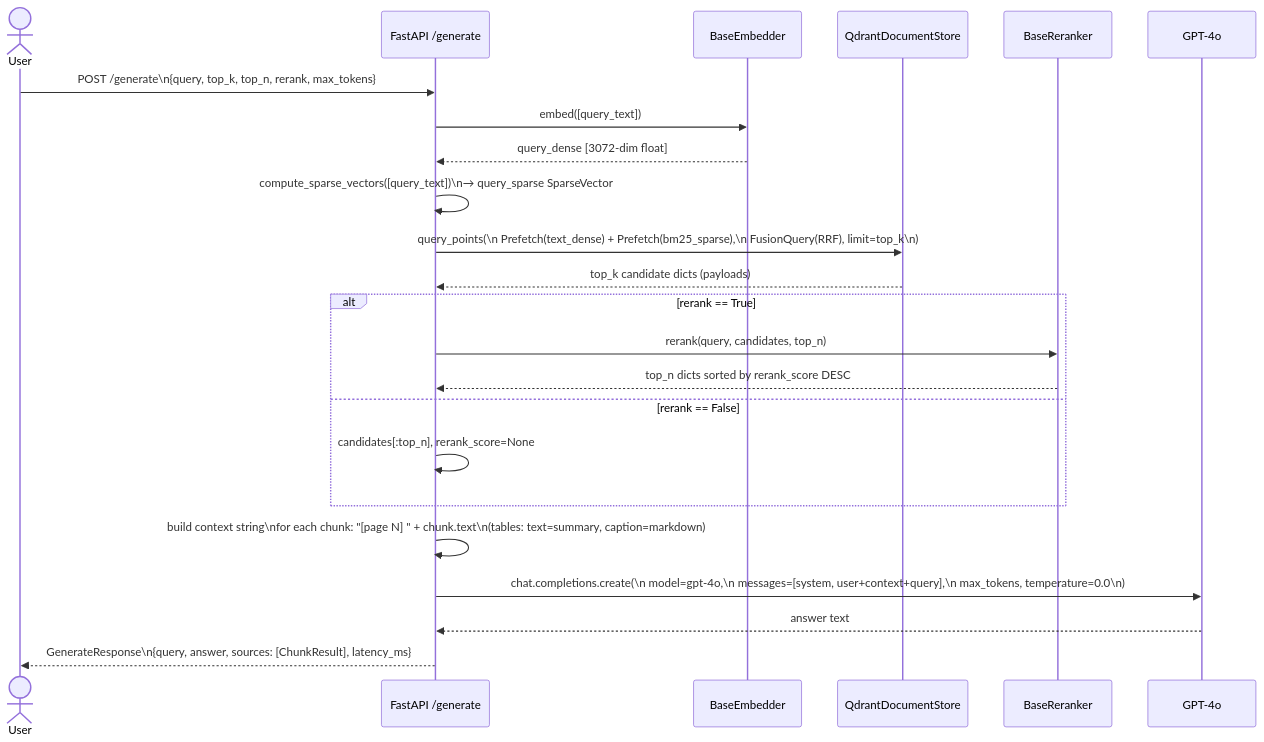
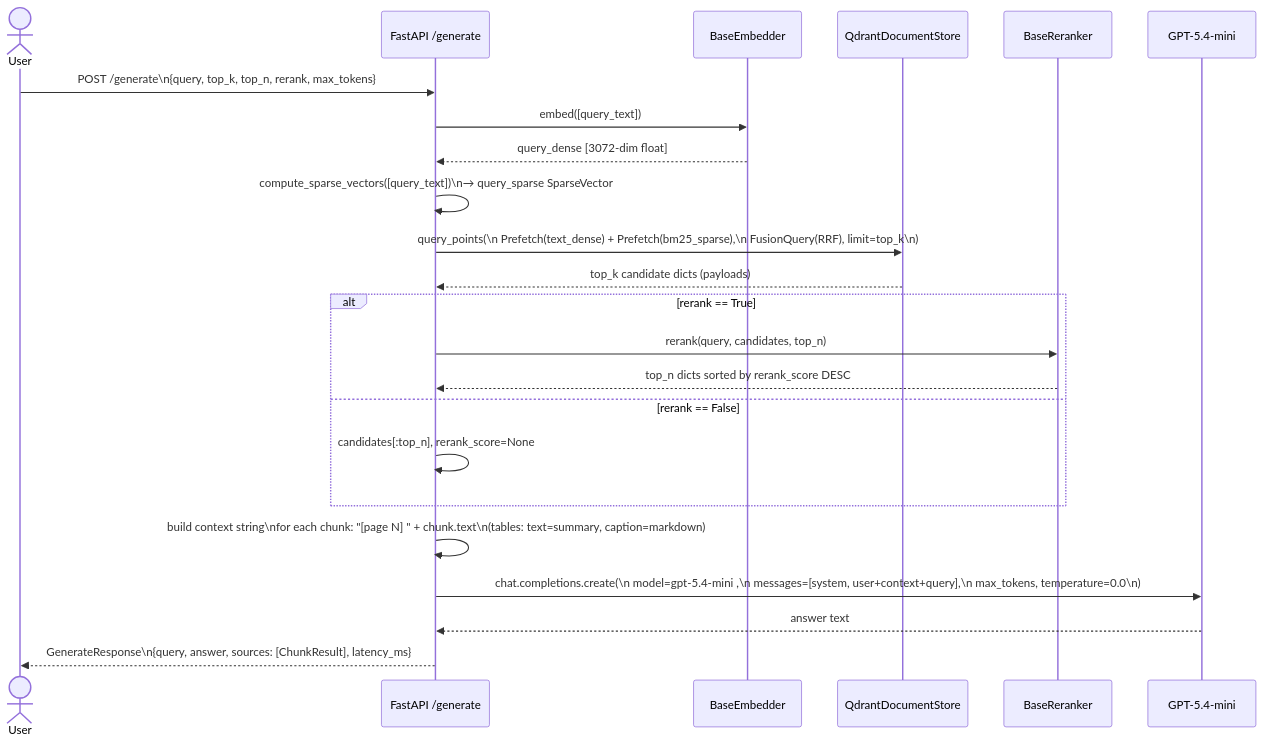
The diagram in workflows/02-full-rag-pipeline.md (Murtuzasaifee/multi-modal-rag-project), drawn with Mermaid before and after one commit. The commit also changed other lines of this file and 11 other files, not shown here.

````diff
--- a/workflows/02-full-rag-pipeline.md
+++ b/workflows/02-full-rag-pipeline.md
@@ -5,33 +5,33 @@
 ```mermaid
 sequenceDiagram
     actor User
     participant API as FastAPI /generate
     participant Embedder as BaseEmbedder
     participant Store as QdrantDocumentStore
     participant Reranker as BaseReranker
-    participant LLM as GPT-4o
+    participant LLM as GPT-5.4-mini 
 
     User->>API: POST /generate\n{query, top_k, top_n, rerank, max_tokens}
 
     API->>Embedder: embed([query_text])
     Embedder-->>API: query_dense  [3072-dim float]
 
     API->>API: compute_sparse_vectors([query_text])\n→ query_sparse  SparseVector
 
     API->>Store: query_points(\n  Prefetch(text_dense) + Prefetch(bm25_sparse),\n  FusionQuery(RRF), limit=top_k\n)
     Store-->>API: top_k candidate dicts (payloads)
 
     alt rerank == True
         API->>Reranker: rerank(query, candidates, top_n)
         Reranker-->>API: top_n dicts sorted by rerank_score DESC
     else rerank == False
         API->>API: candidates[:top_n], rerank_score=None
     end
 
     API->>API: build context string\nfor each chunk: "[page N] " + chunk.text\n(tables: text=summary, caption=markdown)
 
-    API->>LLM: chat.completions.create(\n  model=gpt-4o,\n  messages=[system, user+context+query],\n  max_tokens, temperature=0.0\n)
+    API->>LLM: chat.completions.create(\n  model=gpt-5.4-mini ,\n  messages=[system, user+context+query],\n  max_tokens, temperature=0.0\n)
     LLM-->>API: answer text
 
     API-->>User: GenerateResponse\n{query, answer, sources: [ChunkResult], latency_ms}
 ```
````
